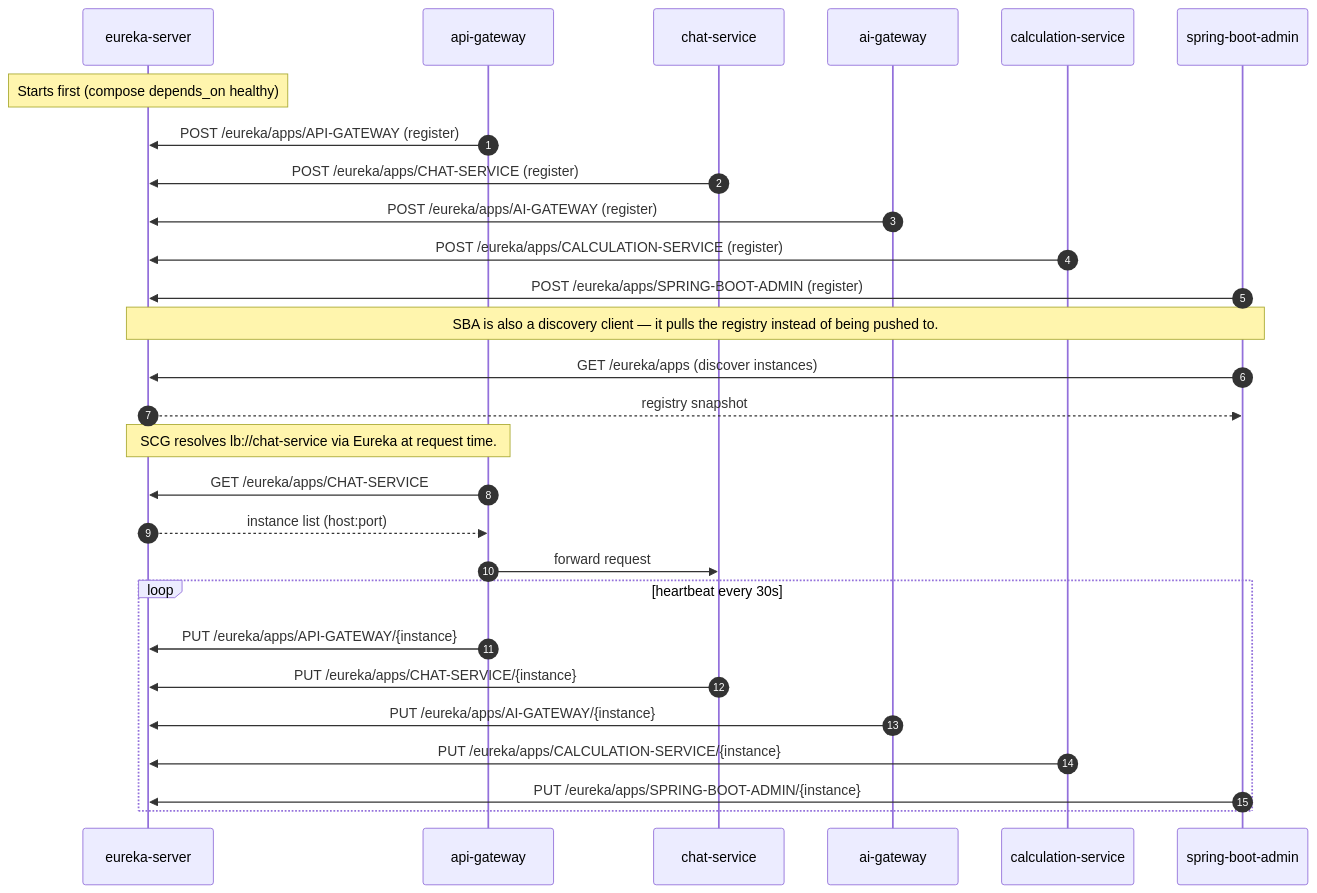
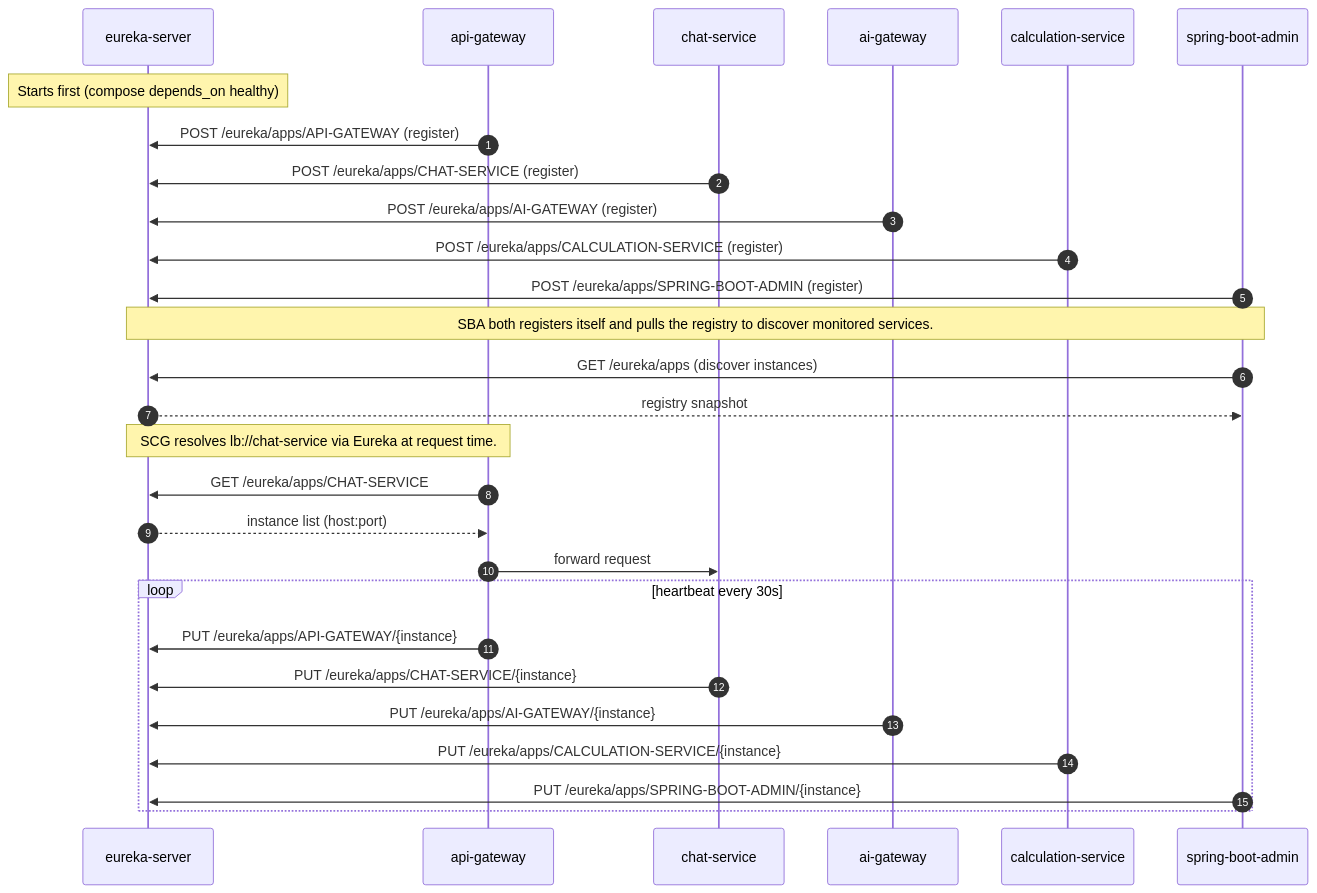
The diagram in docs/diagrams/discovery-sequence.mmd (TonnTamerlan/java_ai_gateway), drawn with Mermaid before and after one commit. The commit also changed 3 other files, not shown here.

First line of the commit message:
docs(diagrams): align architecture/chat/jobs/discovery with current code

```diff
--- a/docs/diagrams/discovery-sequence.mmd
+++ b/docs/diagrams/discovery-sequence.mmd
@@ -1,33 +1,33 @@
 sequenceDiagram
     autonumber
     participant Eureka as eureka-server
     participant SCG as api-gateway
     participant Chat as chat-service
     participant AI as ai-gateway
     participant Calc as calculation-service
     participant SBA as spring-boot-admin
 
     Note over Eureka: Starts first (compose depends_on healthy)
 
     SCG->>Eureka: POST /eureka/apps/API-GATEWAY (register)
     Chat->>Eureka: POST /eureka/apps/CHAT-SERVICE (register)
     AI->>Eureka: POST /eureka/apps/AI-GATEWAY (register)
     Calc->>Eureka: POST /eureka/apps/CALCULATION-SERVICE (register)
     SBA->>Eureka: POST /eureka/apps/SPRING-BOOT-ADMIN (register)
 
-    Note over SBA,Eureka: SBA is also a discovery client — it pulls the registry instead of being pushed to.
+    Note over SBA,Eureka: SBA both registers itself and pulls the registry to discover monitored services.
     SBA->>Eureka: GET /eureka/apps (discover instances)
     Eureka-->>SBA: registry snapshot
 
     Note over SCG,Eureka: SCG resolves lb://chat-service via Eureka at request time.
     SCG->>Eureka: GET /eureka/apps/CHAT-SERVICE
     Eureka-->>SCG: instance list (host:port)
     SCG->>Chat: forward request
 
     loop heartbeat every 30s
         SCG->>Eureka: PUT /eureka/apps/API-GATEWAY/{instance}
         Chat->>Eureka: PUT /eureka/apps/CHAT-SERVICE/{instance}
         AI->>Eureka: PUT /eureka/apps/AI-GATEWAY/{instance}
         Calc->>Eureka: PUT /eureka/apps/CALCULATION-SERVICE/{instance}
         SBA->>Eureka: PUT /eureka/apps/SPRING-BOOT-ADMIN/{instance}
     end
```
